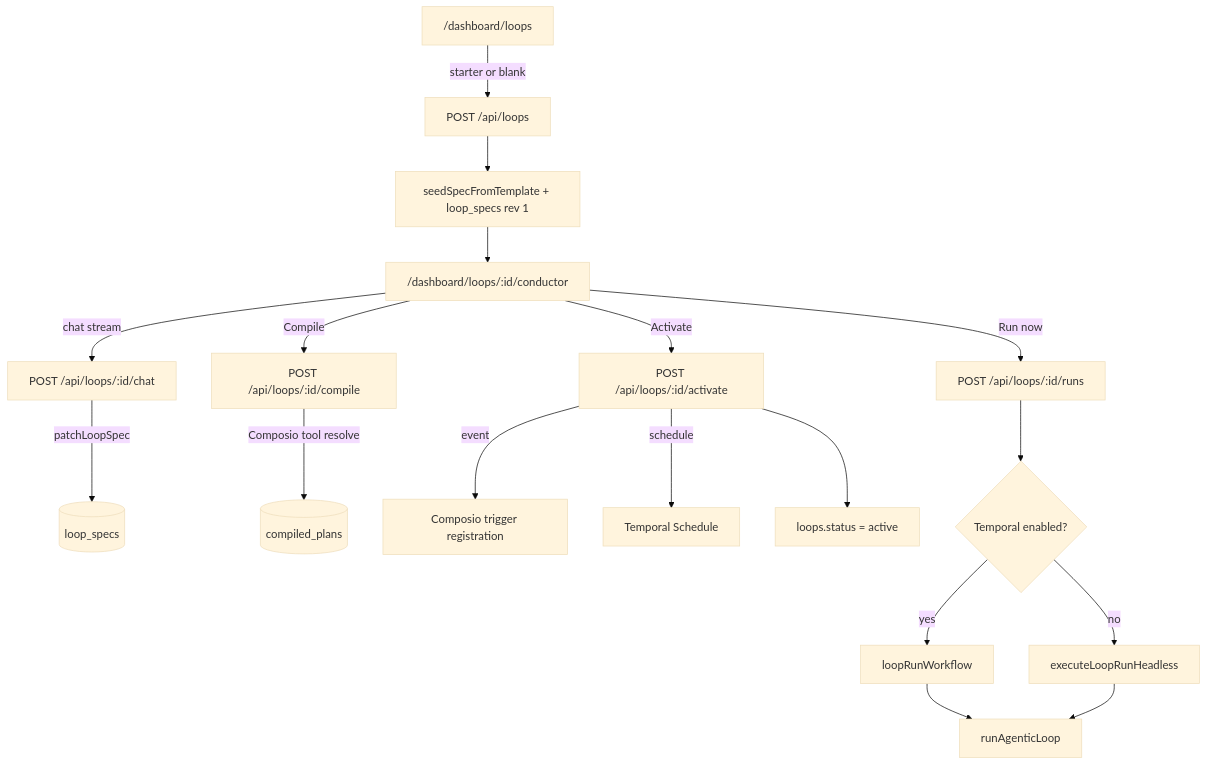
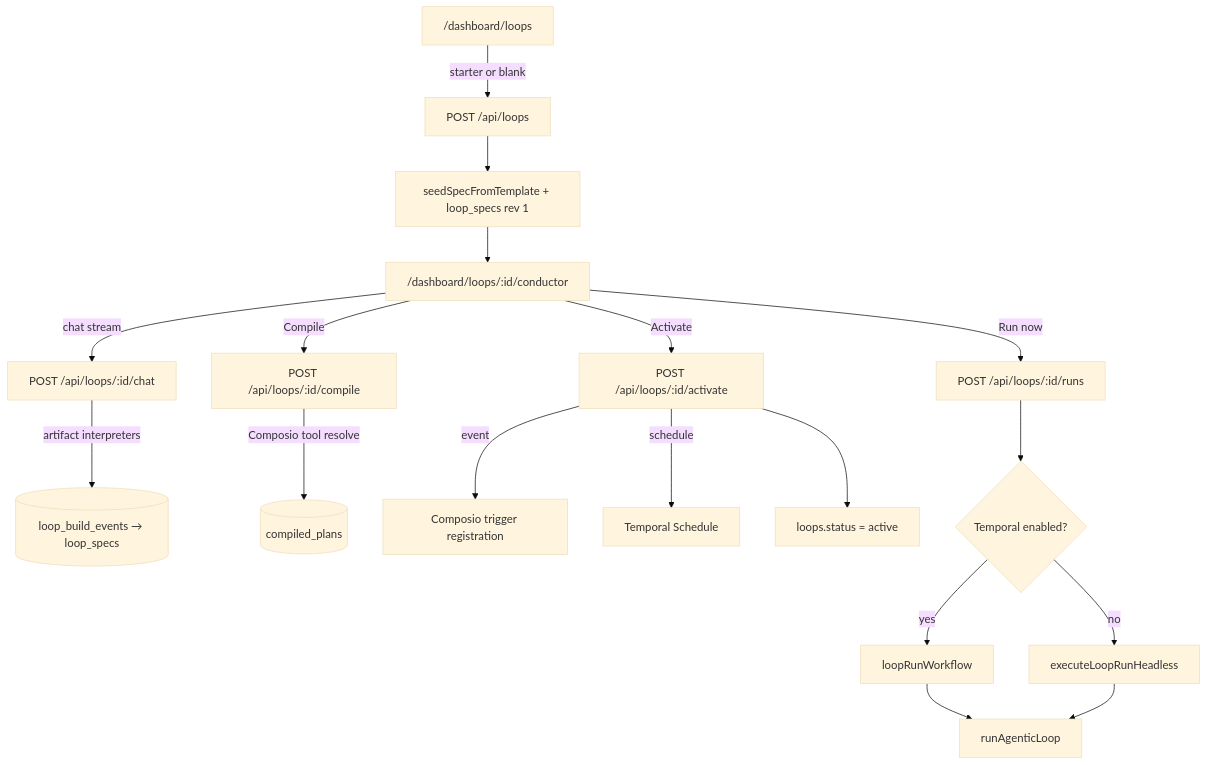
Before and after one commit to Dinuda/tallei-ai: the first of 4 diagrams in docs/conductor.md, drawn with Mermaid (base theme). The commit also changed other lines of this file and 48 other files, not shown here.

````diff
--- a/docs/conductor.md
+++ b/docs/conductor.md
@@ -13,24 +54,24 @@
 ```mermaid
 flowchart TD
   A["/dashboard/loops"] -->|starter or blank| B[POST /api/loops]
   B --> C[seedSpecFromTemplate + loop_specs rev 1]
   C --> D["/dashboard/loops/:id/conductor"]
 
   D -->|chat stream| E[POST /api/loops/:id/chat]
-  E -->|patchLoopSpec| F[(loop_specs)]
+  E -->|artifact interpreters| F[(loop_build_events → loop_specs)]
 
   D -->|Compile| G[POST /api/loops/:id/compile]
   G -->|Composio tool resolve| H[(compiled_plans)]
 
   D -->|Activate| I[POST /api/loops/:id/activate]
   I -->|event| J[Composio trigger registration]
   I -->|schedule| K[Temporal Schedule]
   I --> L[loops.status = active]
 
   D -->|Run now| M[POST /api/loops/:id/runs]
   M --> N{Temporal enabled?}
   N -->|yes| O[loopRunWorkflow]
   N -->|no| P[executeLoopRunHeadless]
   O --> Q[runAgenticLoop]
   P --> Q
 ```
````
